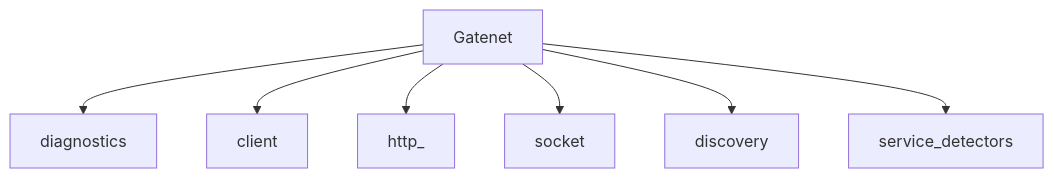
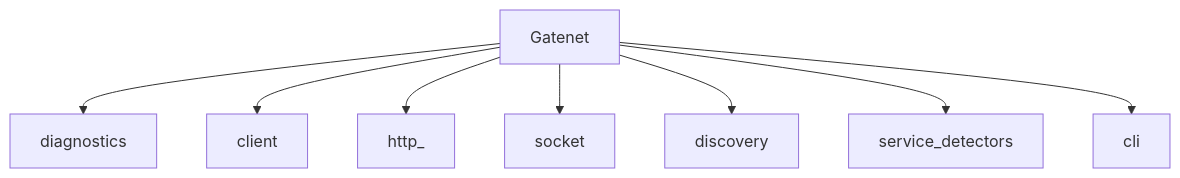
Before and after one commit to clxrityy/gatenet: the diagram in docs/source/architecture.rst, drawn with Mermaid. The commit also changed other lines of this file and 28 other files, not shown here.

```diff
--- a/docs/source/architecture.rst
+++ b/docs/source/architecture.rst
@@ -9,10 +9,11 @@
 .. mermaid::
 
    flowchart TD
      Gatenet
      Gatenet --> diagnostics
      Gatenet --> client
      Gatenet --> http_
      Gatenet --> socket
      Gatenet --> discovery
      Gatenet --> service_detectors
+     Gatenet --> cli
```
